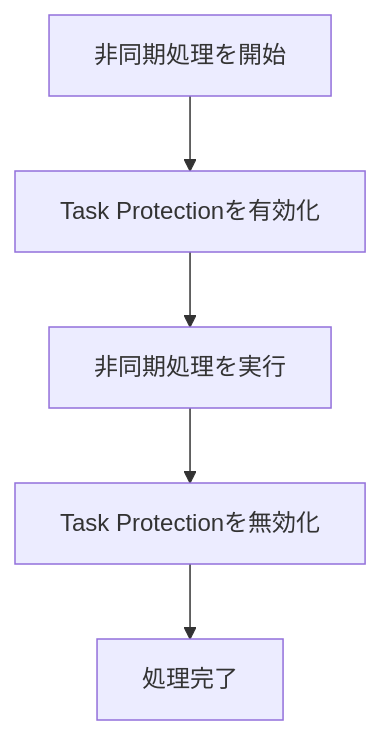
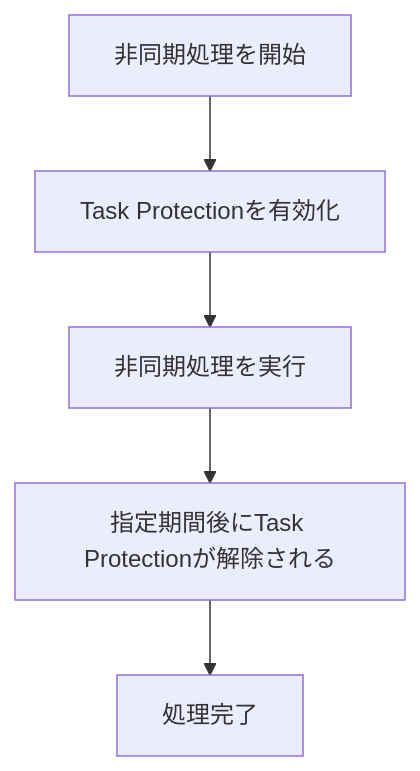
Before and after one commit to tttol/zenn-writing: the first of 2 diagrams in articles/4ee7406b7dcaa7.md, drawn with Mermaid. The commit also changed other lines of this file, not shown here.

````diff
--- a/articles/4ee7406b7dcaa7.md
+++ b/articles/4ee7406b7dcaa7.md
@@ -101,7 +91,7 @@
 ```mermaid
 flowchart TD
     A["非同期処理を開始"] --> B["Task Protectionを有効化"]
     B --> C["非同期処理を実行"]
-    C --> D["Task Protectionを無効化"]
+    C --> D["指定期間後にTask Protectionが解除される"]
     D --> E["処理完了"]
 ```
````
